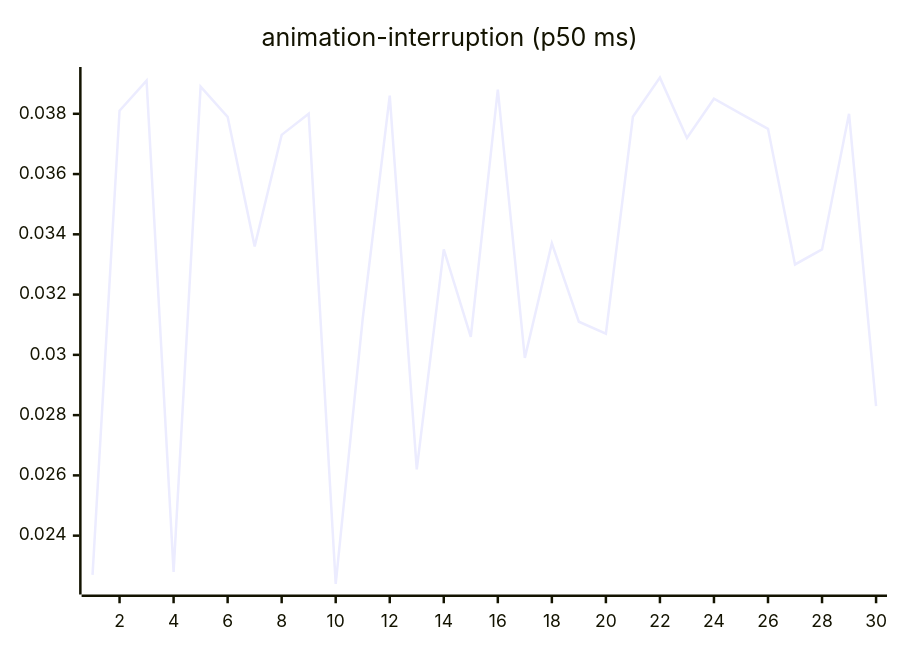
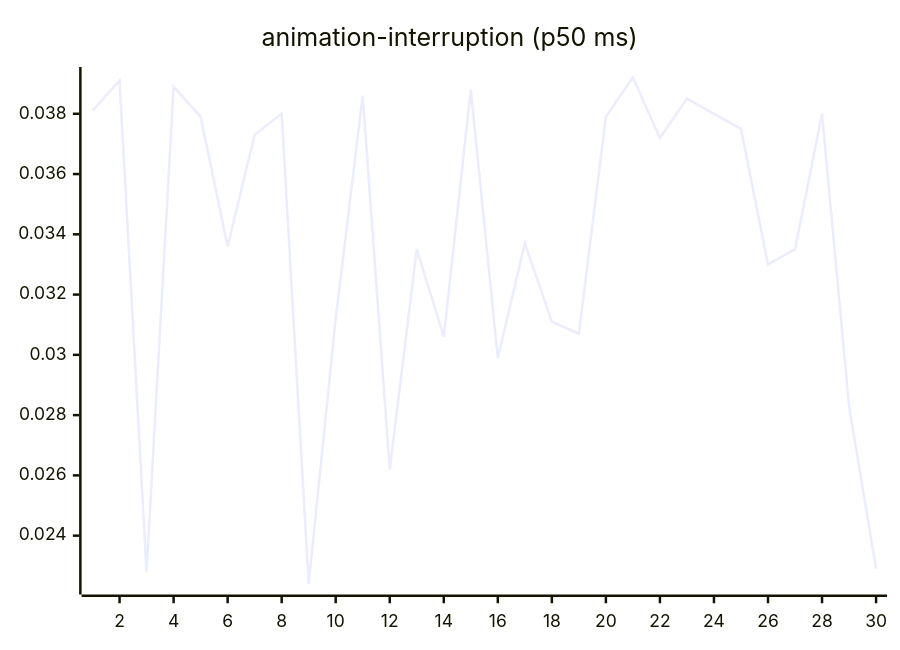
One commit to josha/Facet changed the third of 27 diagrams in README.md. Above: the diagram before and after it, drawn with Mermaid. The commit also changed other lines of this file and 2 other files, not shown here.

````diff
--- a/README.md
+++ b/README.md
@@ -77,6 +77,6 @@
 ```mermaid
 xychart-beta
     title "animation-interruption (p50 ms)"
     x-axis 1 --> 30
-    line [0.0227, 0.0381, 0.0391, 0.0228, 0.0389, 0.0379, 0.0336, 0.0373, 0.0380, 0.0224, 0.0312, 0.0386, 0.0262, 0.0335, 0.0306, 0.0388, 0.0299, 0.0337, 0.0311, 0.0307, 0.0379, 0.0392, 0.0372, 0.0385, 0.0380, 0.0375, 0.0330, 0.0335, 0.0380, 0.0283]
+    line [0.0381, 0.0391, 0.0228, 0.0389, 0.0379, 0.0336, 0.0373, 0.0380, 0.0224, 0.0312, 0.0386, 0.0262, 0.0335, 0.0306, 0.0388, 0.0299, 0.0337, 0.0311, 0.0307, 0.0379, 0.0392, 0.0372, 0.0385, 0.0380, 0.0375, 0.0330, 0.0335, 0.0380, 0.0283, 0.0229]
 ```
````
